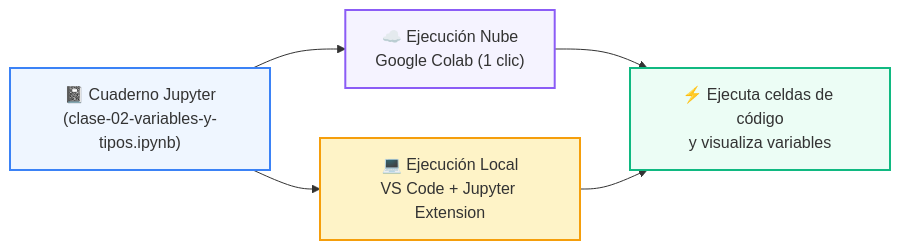
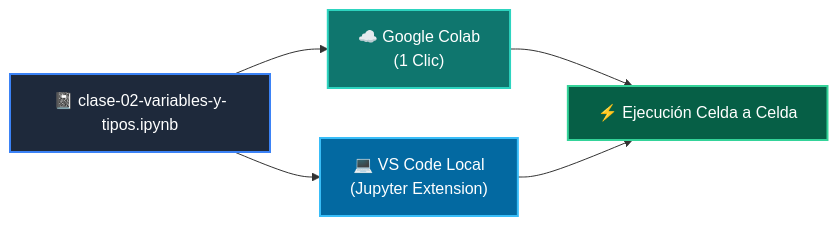
One commit to wisrovi/wisrovi-python changed the diagram in 01-fundamentos-python/clase-02-variables-y-tipos/notebook/README.md. Above: the diagram before and after it, drawn with Mermaid. The commit also changed other lines of this file and 271 other files, not shown here.

Commit message:
docs: rewrite all README.md files with bespoke topic-specific Mermaid diagrams and remove repetitive boilerplate

````diff
--- a/01-fundamentos-python/clase-02-variables-y-tipos/notebook/README.md
+++ b/01-fundamentos-python/clase-02-variables-y-tipos/notebook/README.md
@@ -14,12 +12,12 @@
 ```mermaid
 flowchart LR
-    NB["📓 Cuaderno Jupyter<br/>(clase-02-variables-y-tipos.ipynb)"] --> COLAB["☁️ Ejecución Nube<br/>Google Colab (1 clic)"]
-    NB --> LOCAL["💻 Ejecución Local<br/>VS Code + Jupyter Extension"]
-    COLAB --> RUN["⚡ Ejecuta celdas de código<br/>y visualiza variables"]
+    NB["📓 clase-02-variables-y-tipos.ipynb"] --> COLAB["☁️ Google Colab<br/>(1 Clic)"]
+    NB --> LOCAL["💻 VS Code Local<br/>(Jupyter Extension)"]
+    COLAB --> RUN["⚡ Ejecución Celda a Celda"]
     LOCAL --> RUN
 
-    style NB fill:#eff6ff,stroke:#3b82f6,stroke-width:2px
-    style COLAB fill:#f5f3ff,stroke:#8b5cf6,stroke-width:2px
-    style LOCAL fill:#fef3c7,stroke:#f59e0b,stroke-width:2px
-    style RUN fill:#ecfdf5,stroke:#10b981,stroke-width:2px
+    style NB fill:#1e293b,color:#fff,stroke:#3b82f6,stroke-width:2px
+    style COLAB fill:#0f766e,color:#fff,stroke:#2dd4bf,stroke-width:2px
+    style LOCAL fill:#0369a1,color:#fff,stroke:#38bdf8,stroke-width:2px
+    style RUN fill:#065f46,color:#fff,stroke:#34d399,stroke-width:2px
 ```
````
